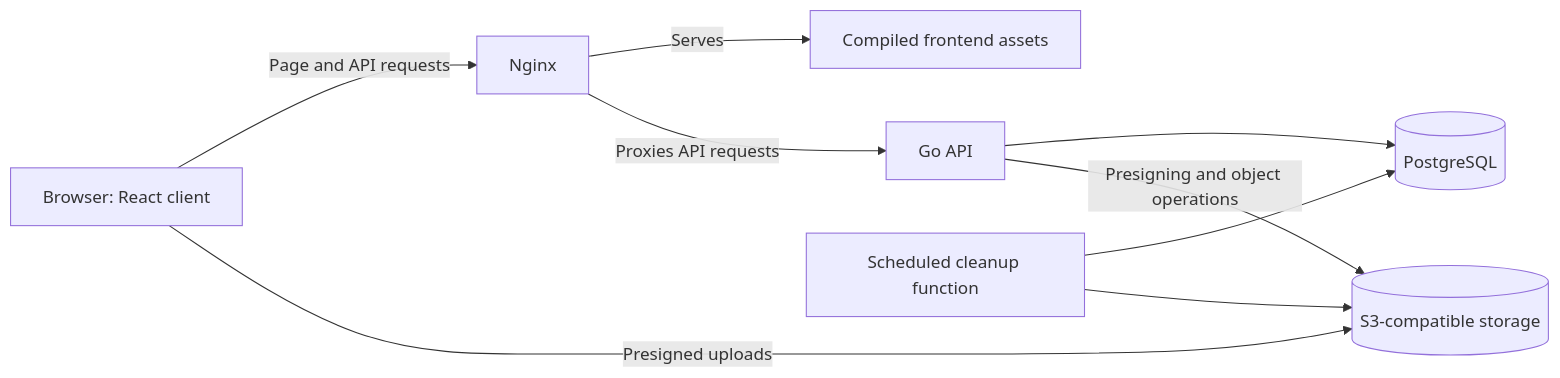
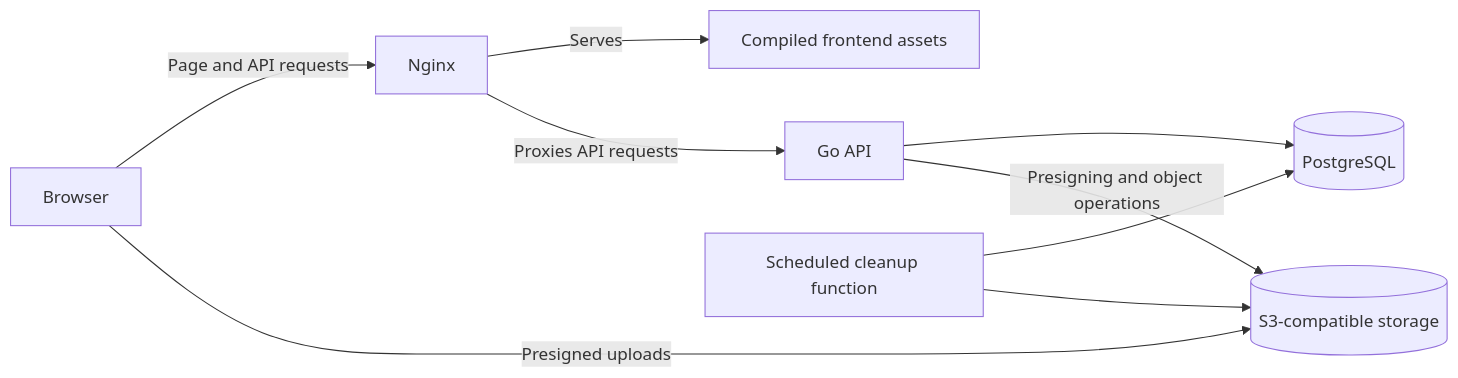
One commit to ipersids/lensamity-app changed the diagram in docs/architecture.md. Above: the diagram before and after it, drawn with Mermaid. The commit also changed other lines of this file and 11 other files, not shown here.

````diff
--- a/docs/architecture.md
+++ b/docs/architecture.md
@@ -7,11 +7,11 @@
 ```mermaid
 flowchart LR
-    Browser[Browser: React client] -->|Page and API requests| Nginx[Nginx]
+    Browser[Browser] -->|Page and API requests| Nginx[Nginx]
     Nginx -->|Serves| Assets[Compiled frontend assets]
     Nginx -->|Proxies API requests| API[Go API]
     API --> Database[(PostgreSQL)]
     API -->|Presigning and object operations| Storage[(S3-compatible storage)]
     Browser -->|Presigned uploads| Storage
     Cleanup[Scheduled cleanup function] --> Database
     Cleanup --> Storage
 ```
````
